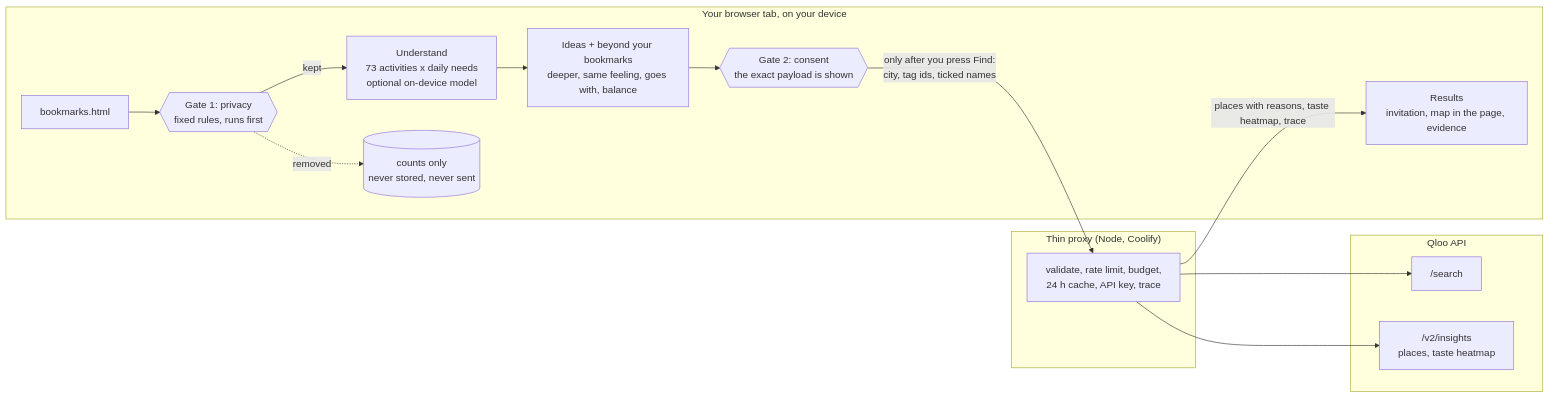
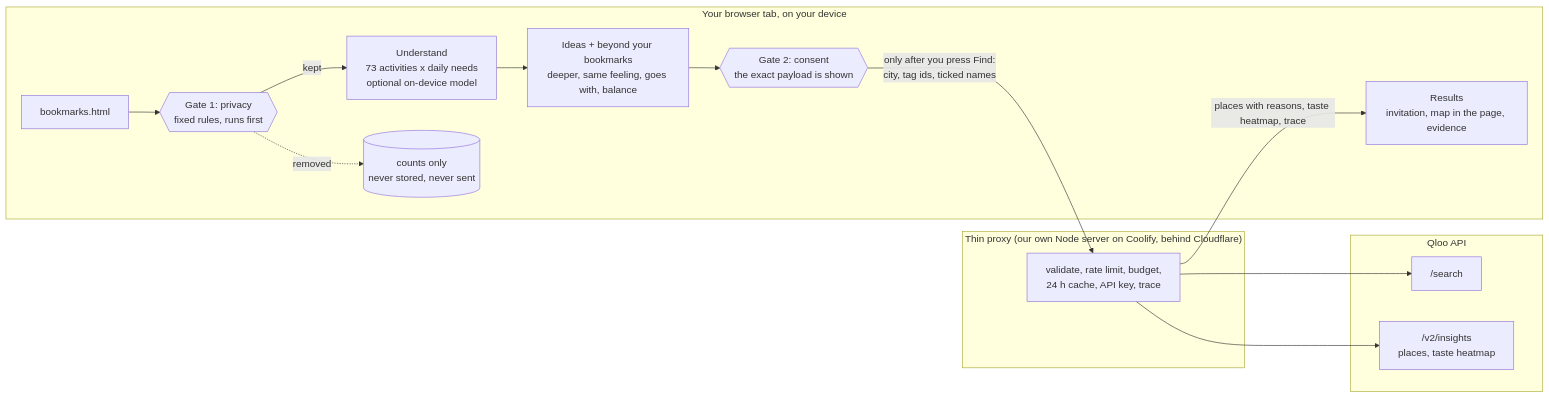
Before and after one commit to jiarong0423/understood-not-seen: the diagram in README.md, drawn with Mermaid. The commit also changed other lines of this file and 9 other files, not shown here.

````diff
--- a/README.md
+++ b/README.md
@@ -37,22 +37,22 @@
 ```mermaid
 flowchart LR
   subgraph Device["Your browser tab, on your device"]
     B["bookmarks.html"] --> G1{{"Gate 1: privacy<br/>fixed rules, runs first"}}
     G1 -->|kept| U["Understand<br/>73 activities x daily needs<br/>optional on-device model"]
     G1 -.->|removed| X[("counts only<br/>never stored, never sent")]
     U --> I["Ideas + beyond your bookmarks<br/>deeper, same feeling, goes with, balance"]
     I --> G2{{"Gate 2: consent<br/>the exact payload is shown"}}
     R["Results<br/>invitation, map in the page, evidence"]
   end
-  subgraph Server["Thin proxy (Node, Coolify)"]
+  subgraph Server["Thin proxy (our own Node server on Coolify, behind Cloudflare)"]
     P["validate, rate limit, budget,<br/>24 h cache, API key, trace"]
   end
   subgraph Q["Qloo API"]
     S["/search"]
     N["/v2/insights<br/>places, taste heatmap"]
   end
   G2 -->|"only after you press Find:<br/>city, tag ids, ticked names"| P
   P --> S
   P --> N
   P -->|"places with reasons, taste heatmap, trace"| R
 ```
````
